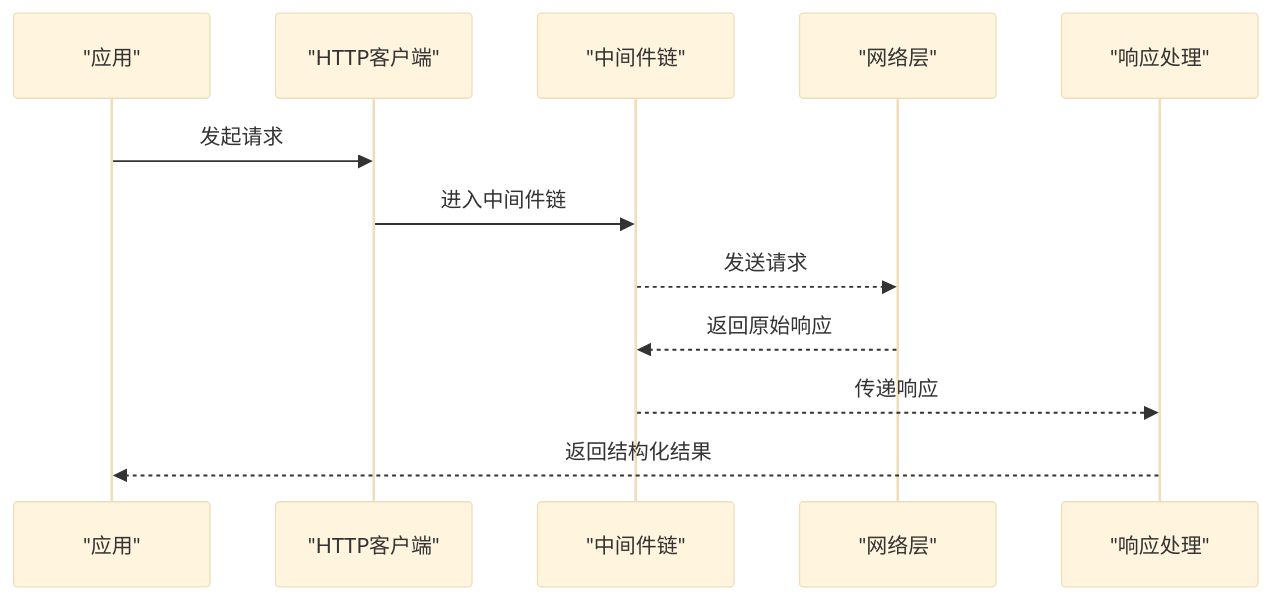
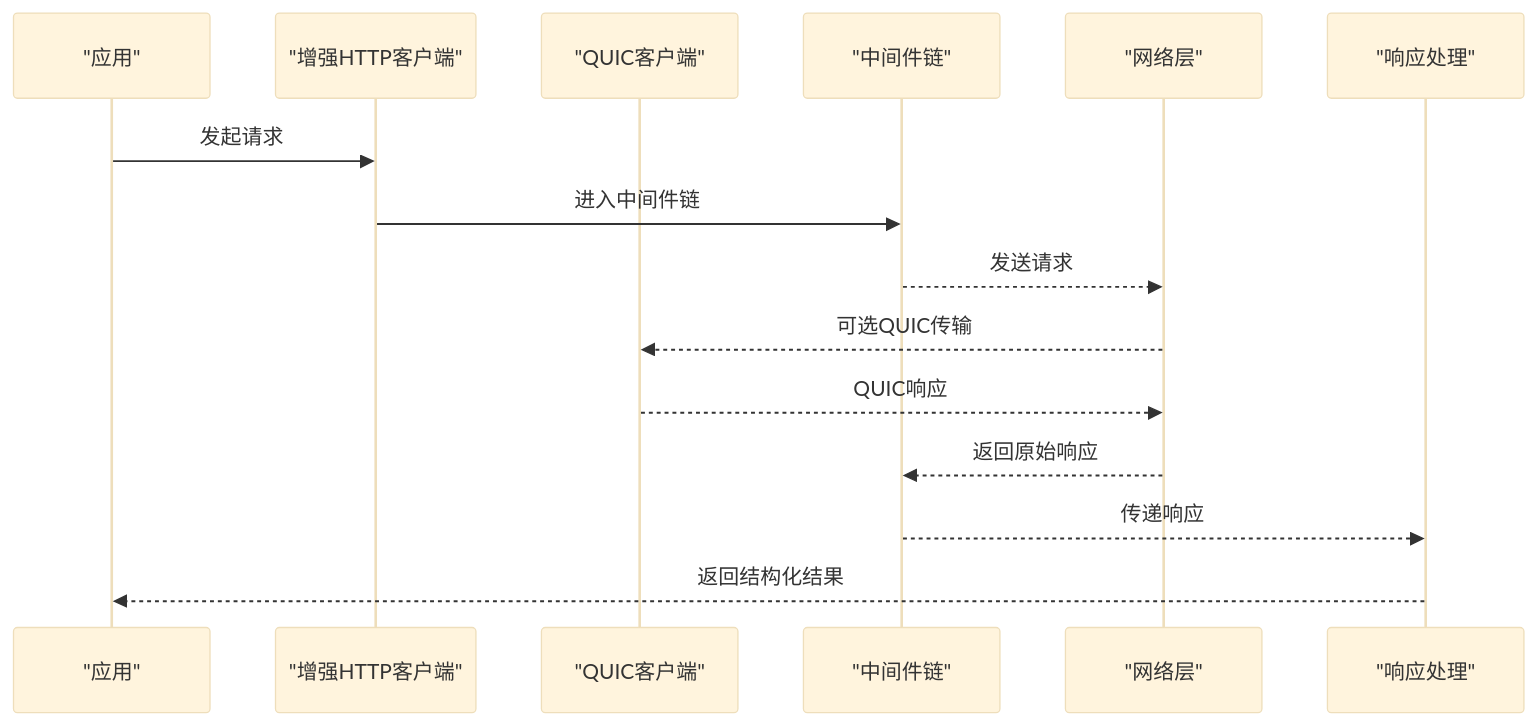
Diagram 14 of 23 in .qoder/repowiki/zh/content/Rust核心库/Rust核心库.md (ZhangGHGitHub/LegadoTeamFlutter), drawn with Mermaid (base theme) before and after one commit. The commit also changed other lines of this file and 173 other files, not shown here.

````diff
--- a/.qoder/repowiki/zh/content/Rust核心库/Rust核心库.md
+++ b/.qoder/repowiki/zh/content/Rust核心库/Rust核心库.md
@@ -345,14 +595,17 @@
 ```mermaid
 sequenceDiagram
 participant App as "应用"
-participant Client as "HTTP客户端"
+participant Client as "增强HTTP客户端"
+participant QUIC as "QUIC客户端"
 participant MW as "中间件链"
 participant Net as "网络层"
 participant Resp as "响应处理"
 App->>Client : 发起请求
 Client->>MW : 进入中间件链
 MW-->>Net : 发送请求
+Net-->>QUIC : 可选QUIC传输
+QUIC-->>Net : QUIC响应
 Net-->>MW : 返回原始响应
 MW-->>Resp : 传递响应
 Resp-->>App : 返回结构化结果
 ```
````
